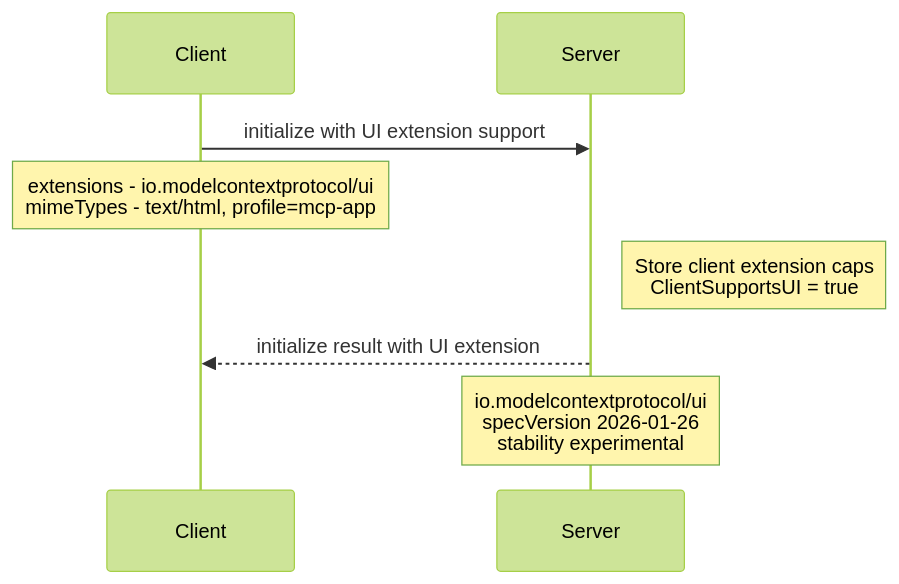
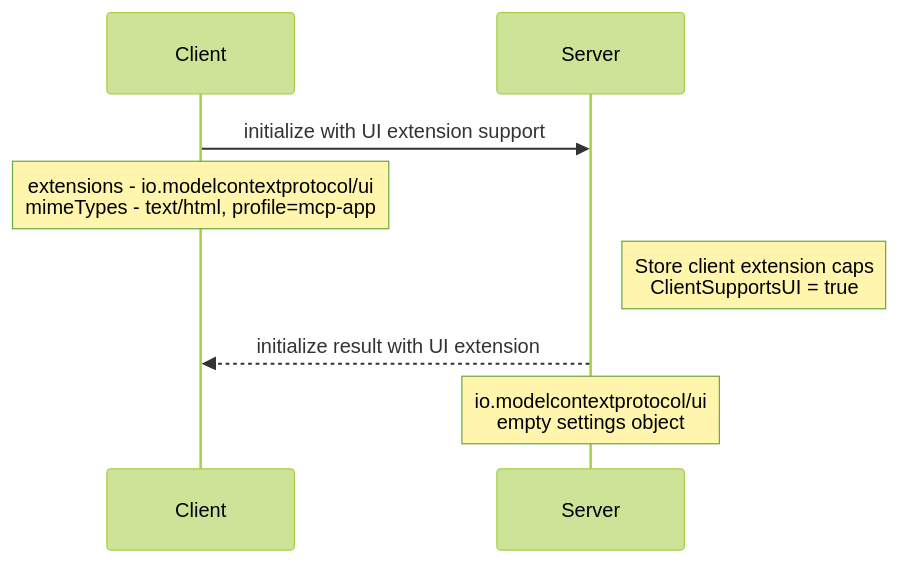
Before and after one commit to panyam/mcpkit: the first of 5 diagrams in docs/APPS_DESIGN.md, drawn with Mermaid (forest theme). The commit also changed other lines of this file and 1 other file, not shown here.

First line of the commit message:
docs(apps): update capability examples to the inline settings shape

````diff
--- a/docs/APPS_DESIGN.md
+++ b/docs/APPS_DESIGN.md
@@ -252,11 +250,11 @@
 ```mermaid
 sequenceDiagram
     participant C as Client
     participant S as Server
 
     C->>S: initialize with UI extension support
     Note over C: extensions - io.modelcontextprotocol/ui<br/>mimeTypes - text/html, profile=mcp-app
     Note right of S: Store client extension caps<br/>ClientSupportsUI = true
     S-->>C: initialize result with UI extension
-    Note over S: io.modelcontextprotocol/ui<br/>specVersion 2026-01-26<br/>stability experimental
+    Note over S: io.modelcontextprotocol/ui<br/>empty settings object
 ```
````
